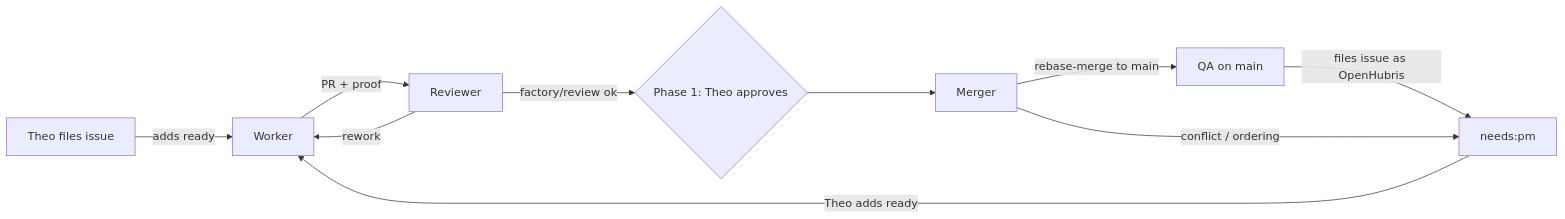
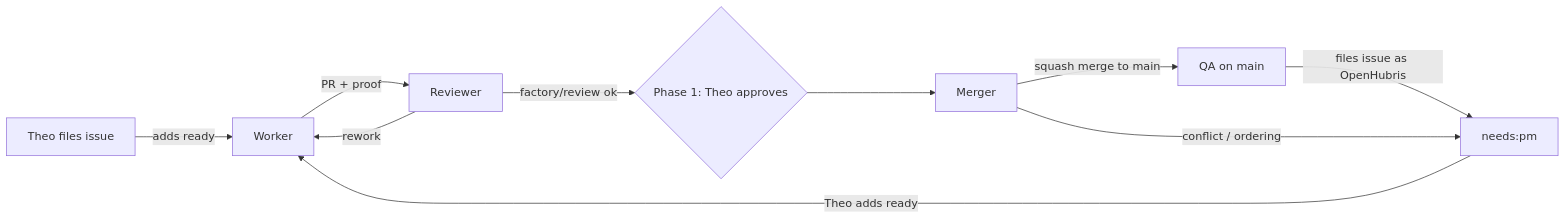
One commit to tvararu/tuicraft changed the diagram in docs/plans/2026-09-25-dev-factory-design.md. Above: the diagram before and after it, drawn with Mermaid. The commit also changed other lines of this file and 13 other files, not shown here.

First line of the commit message:
chore: Land factory PRs by squash merge

````diff
--- a/docs/plans/2026-09-25-dev-factory-design.md
+++ b/docs/plans/2026-09-25-dev-factory-design.md
@@ -76,12 +80,12 @@
 ```mermaid
 flowchart LR
   T[Theo files issue] -->|adds ready| W[Worker]
   W -->|PR + proof| R[Reviewer]
   R -->|rework| W
   R -->|factory/review ok| P{Phase 1: Theo approves}
   P --> M[Merger]
-  M -->|rebase-merge to main| Q[QA on main]
+  M -->|squash merge to main| Q[QA on main]
   Q -->|files issue as OpenHubris| N[needs:pm]
   N -->|Theo adds ready| W
   M -->|conflict / ordering| N
 ```
````
